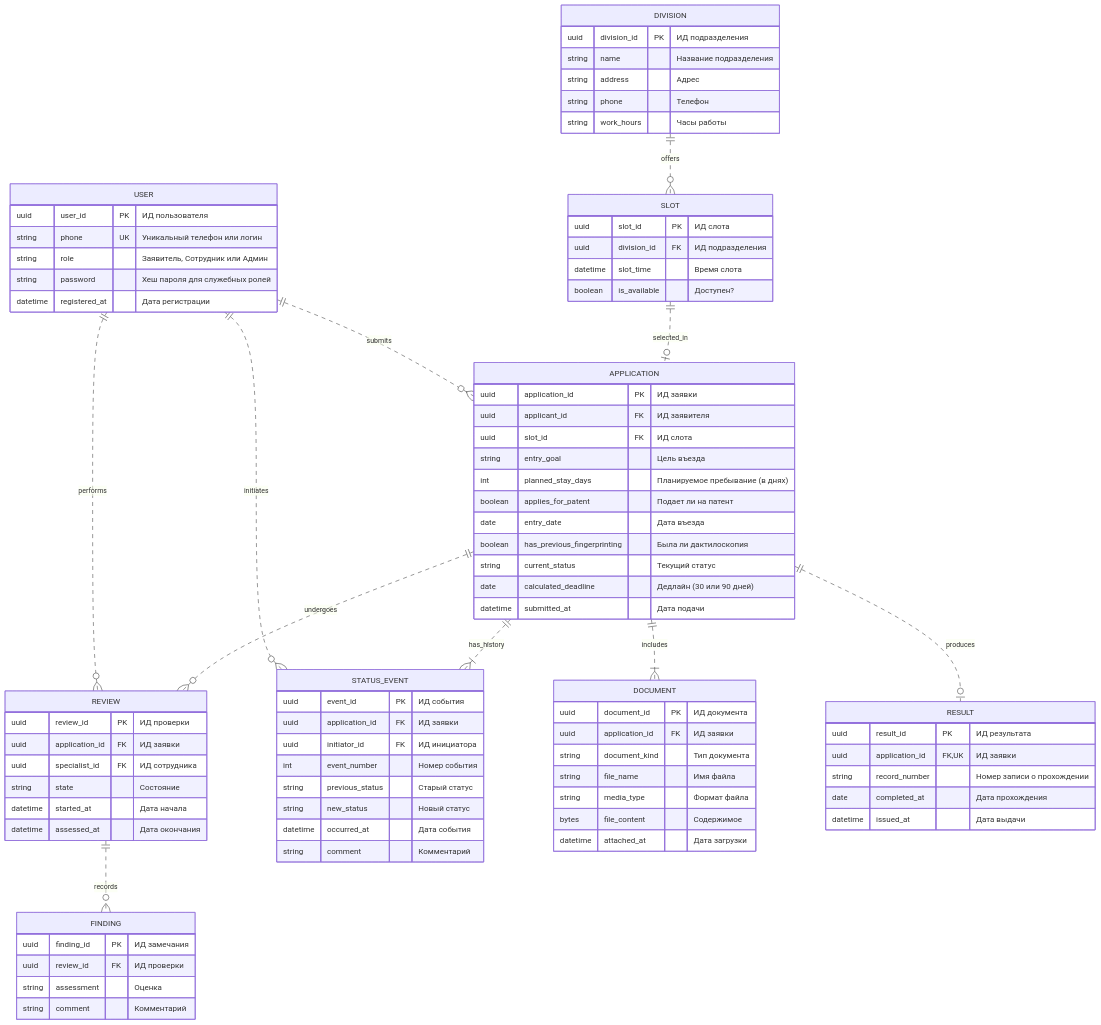
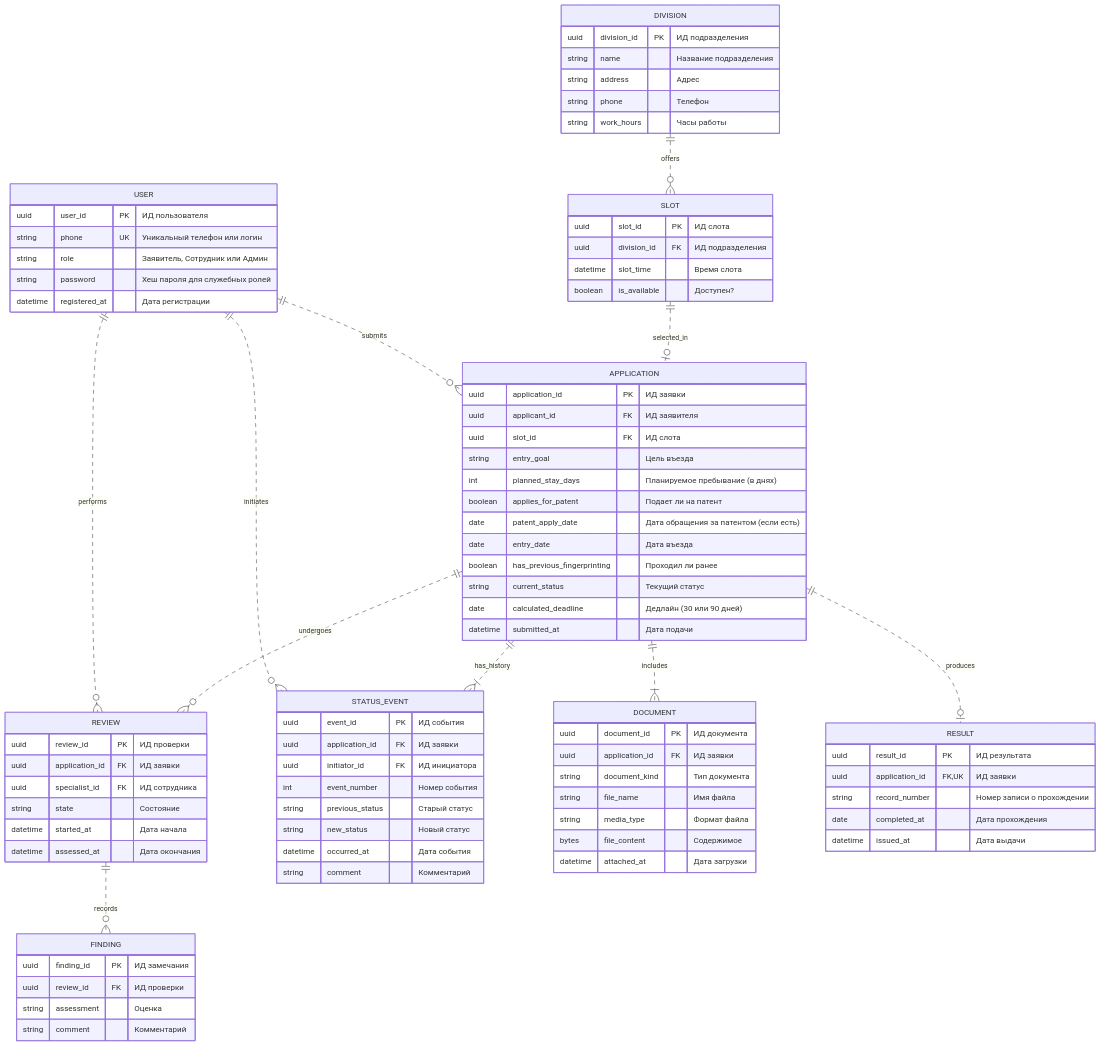
One commit to Ahmetlev/LBPIS changed the diagram in er.md. Above: the diagram before and after it, drawn with Mermaid. The commit also changed other lines of this file, not shown here.

```diff
--- a/er.md
+++ b/er.md
@@ -27,8 +27,9 @@
         string entry_goal "Цель въезда"
         int planned_stay_days "Планируемое пребывание (в днях)"
         boolean applies_for_patent "Подает ли на патент"
+        date patent_apply_date "Дата обращения за патентом (если есть)"
         date entry_date "Дата въезда"
-        boolean has_previous_fingerprinting "Была ли дактилоскопия"
+        boolean has_previous_fingerprinting "Проходил ли ранее"
         string current_status "Текущий статус"
         date calculated_deadline "Дедлайн (30 или 90 дней)"
         datetime submitted_at "Дата подачи"
```
